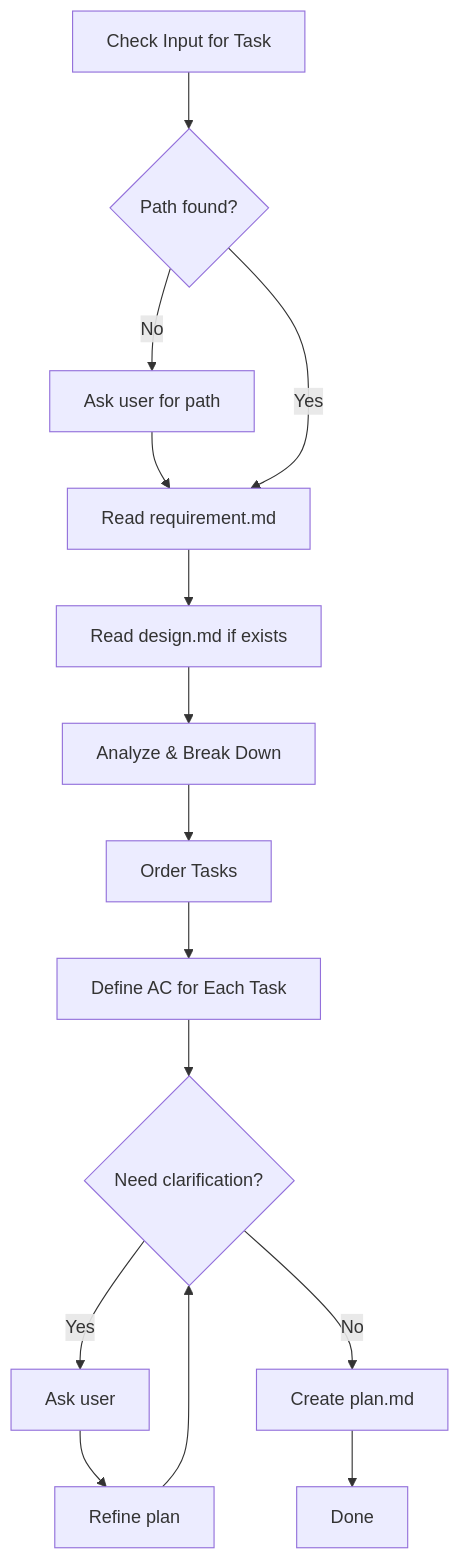
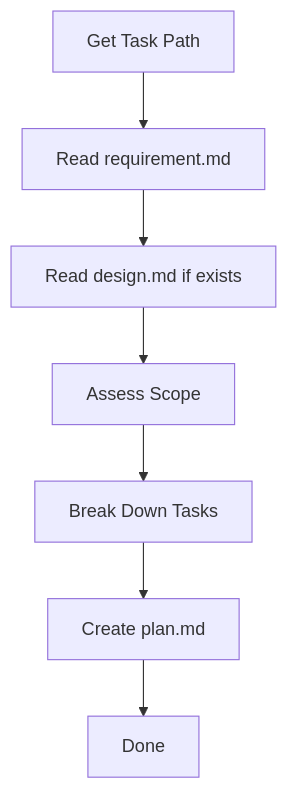
One commit to itsnamor/flower changed the diagram in skills/flower-plan/SKILL.md. Above: the diagram before and after it, drawn with Mermaid. The commit also changed other lines of this file and 1 other file, not shown here.

First line of the commit message:
docs(skills): rewrite flower-plan skill with structured workflow

````diff
--- a/skills/flower-plan/SKILL.md
+++ b/skills/flower-plan/SKILL.md
@@ -42,21 +16,9 @@
 ```mermaid
 flowchart TD
-    A[Check Input for Task] --> B{Path found?}
-    B -->|No| C[Ask user for path]
-    C --> D[Read requirement.md]
-    B -->|Yes| D
-
-    D --> E[Read design.md if exists]
-    E --> F[Analyze & Break Down]
-
-    F --> G[Order Tasks]
-    G --> H[Define AC for Each Task]
-    H --> I{Need clarification?}
-
-    I -->|Yes| J[Ask user]
-    J --> K[Refine plan]
-    K --> I
-
-    I -->|No| L[Create plan.md]
-    L --> M[Done]
+    A[Get Task Path] --> B[Read requirement.md]
+    B --> C[Read design.md if exists]
+    C --> D[Assess Scope]
+    D --> E[Break Down Tasks]
+    E --> F[Create plan.md]
+    F --> G[Done]
 ```
````
